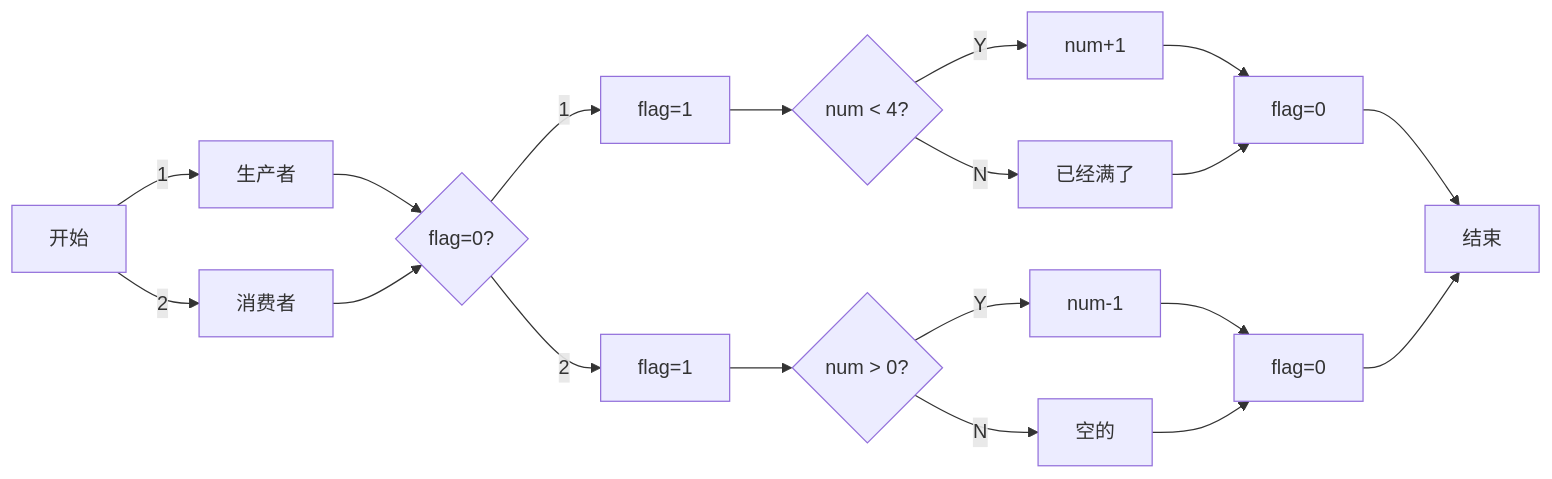
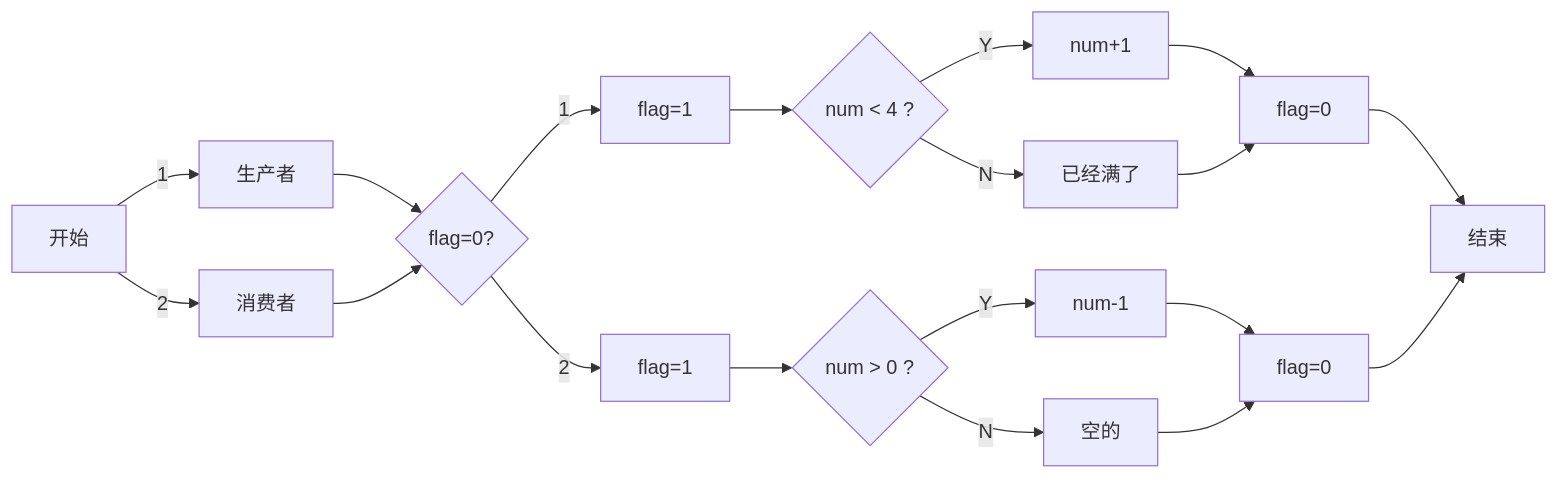
One commit to srcrs/srcrs.github.io changed the fourth of 4 diagrams in source/_posts/进程同步之生产者与消费者关系.md. Above: the diagram before and after it, drawn with Mermaid.

Commit message:
文章更改

````diff
--- a/source/_posts/进程同步之生产者与消费者关系.md
+++ b/source/_posts/进程同步之生产者与消费者关系.md
@@ -108,21 +108,21 @@
 ```mermaid
 graph LR
 start[开始] -- 1 --> 1[生产者]
 start -- 2 --> 2[消费者]
 1 --> flag{flag=0?}
 2 --> flag
 flag -- 1 --> a[flag=1]
 flag -- 2 --> b[flag=1]
-a --> numa{num < 4?}
+a --> numa{num < 4 ?}
 numa -- Y --> a1[num+1]
 numa -- N --> b1[已经满了]
-b --> numb{num > 0?}
+b --> numb{num > 0 ?}
 numb -- Y --> a2[num-1]
 numb -- N --> b2[空的]
 a1 --> flag1[flag=0]
 b1 --> flag1
 a2 --> flag2[flag=0]
 b2 --> flag2
 flag1 --> stop[结束]
 flag2 --> stop[结束]
 ```
````
